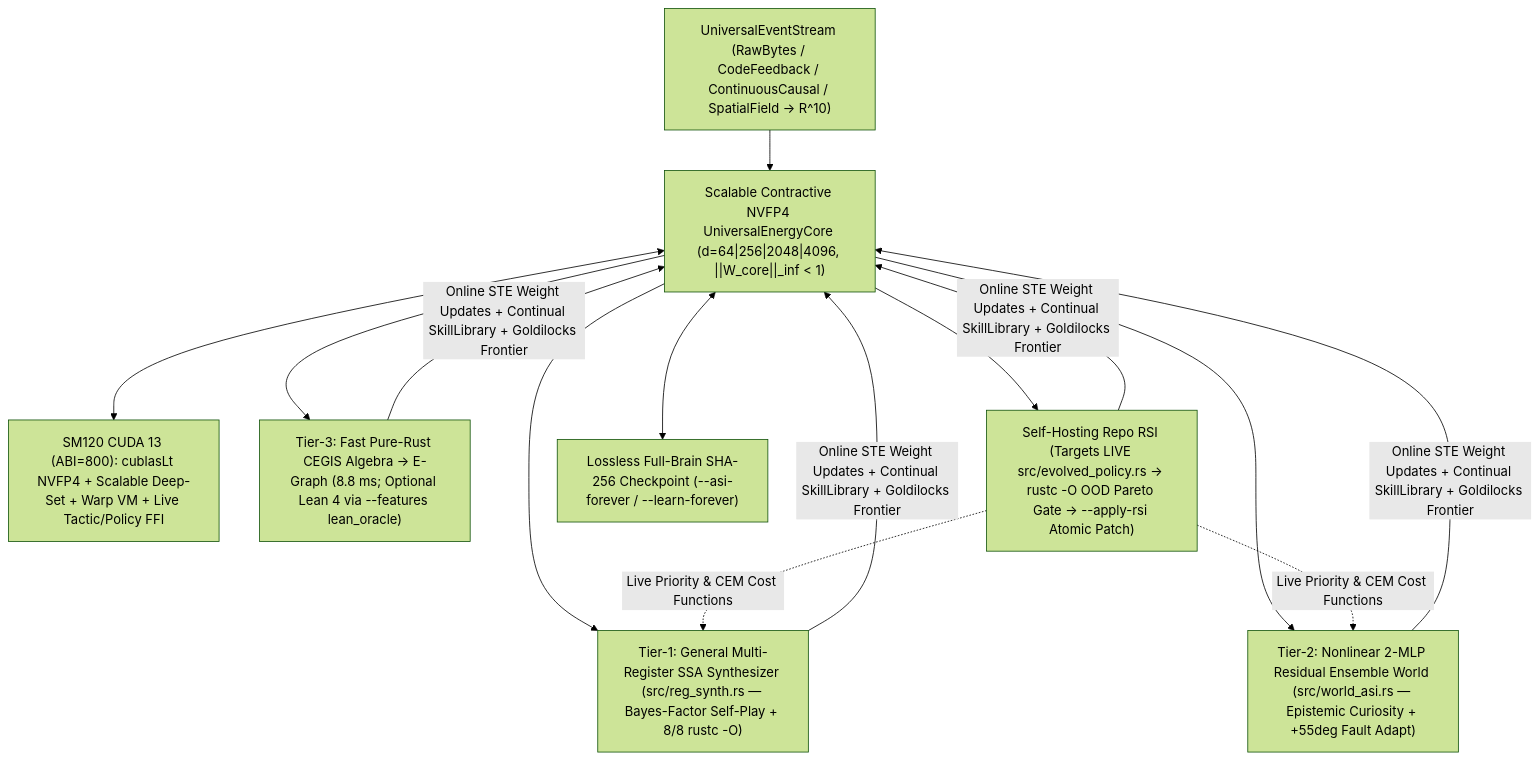
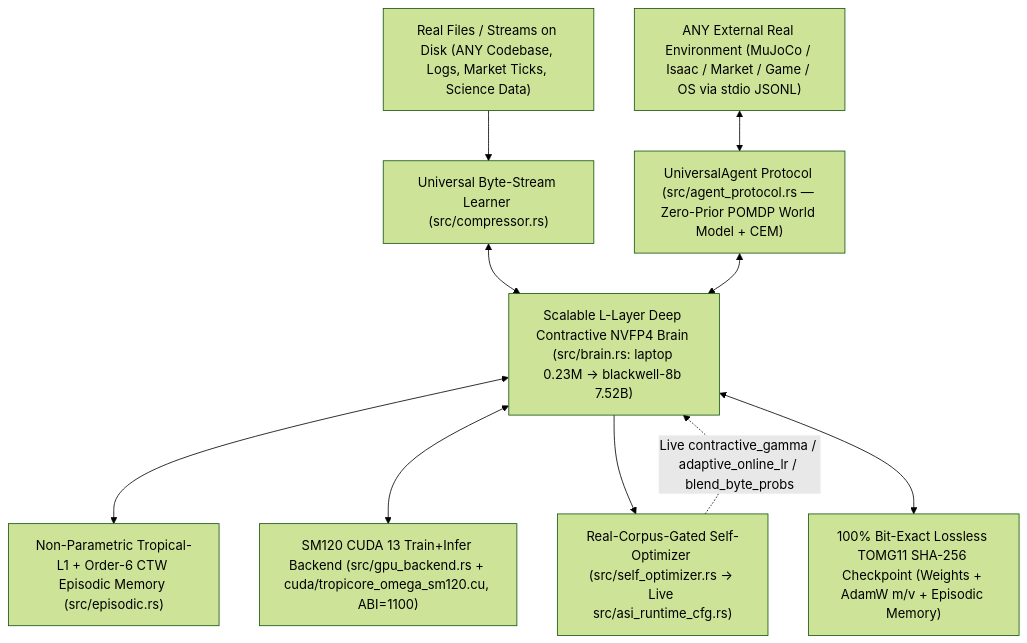
Before and after one commit to flwjfxm0004/Defi: the diagram in 초지능/범용_초지능.md, drawn with Mermaid (forest theme). The commit also changed other lines of this file and 30 other files, not shown here.

````diff
--- a/초지능/범용_초지능.md
+++ b/초지능/범용_초지능.md
@@ -34,12 +29,12 @@
 ```mermaid
 flowchart TD
-    IN["UniversalEventStream (RawBytes / CodeFeedback / ContinuousCausal / SpatialField -> R^10)"] --> CORE["Scalable Contractive NVFP4 UniversalEnergyCore (d=64|256|2048|4096, ||W_core||_inf < 1)"]
-    CORE <--> GPU["SM120 CUDA 13 (ABI=800): cublasLt NVFP4 + Scalable Deep-Set + Warp VM + Live Tactic/Policy FFI"]
-    CORE --> T1["Tier-1: General Multi-Register SSA Synthesizer (src/reg_synth.rs — Bayes-Factor Self-Play + 8/8 rustc -O)"]
-    CORE --> T2["Tier-2: Nonlinear 2-MLP Residual Ensemble World (src/world_asi.rs — Epistemic Curiosity + +55deg Fault Adapt)"]
-    CORE --> T3["Tier-3: Fast Pure-Rust CEGIS Algebra -> E-Graph (8.8 ms; Optional Lean 4 via --features lean_oracle)"]
-    CORE --> RSI["Self-Hosting Repo RSI (Targets LIVE src/evolved_policy.rs -> rustc -O OOD Pareto Gate -> --apply-rsi Atomic Patch)"]
-    RSI -. "Live Priority & CEM Cost Functions" .-> T1 & T2
-    T1 & T2 & T3 & RSI -- "Online STE Weight Updates + Continual SkillLibrary + Goldilocks Frontier" --> CORE
-    CORE <--> MEM["Lossless Full-Brain SHA-256 Checkpoint (--asi-forever / --learn-forever)"]
+    REAL["Real Files / Streams on Disk (ANY Codebase, Logs, Market Ticks, Science Data)"] --> COMP["Universal Byte-Stream Learner (src/compressor.rs)"]
+    EXT["ANY External Real Environment (MuJoCo / Isaac / Market / Game / OS via stdio JSONL)"] <--> AGENT["UniversalAgent Protocol (src/agent_protocol.rs — Zero-Prior POMDP World Model + CEM)"]
+    COMP <--> BRAIN["Scalable L-Layer Deep Contractive NVFP4 Brain (src/brain.rs: laptop 0.23M -> blackwell-8b 7.52B)"]
+    AGENT <--> BRAIN
+    BRAIN <--> MEM["Non-Parametric Tropical-L1 + Order-6 CTW Episodic Memory (src/episodic.rs)"]
+    BRAIN <--> GPU["SM120 CUDA 13 Train+Infer Backend (src/gpu_backend.rs + cuda/tropicore_omega_sm120.cu, ABI=1100)"]
+    BRAIN --> OPT["Real-Corpus-Gated Self-Optimizer (src/self_optimizer.rs -> Live src/asi_runtime_cfg.rs)"]
+    OPT -. "Live contractive_gamma / adaptive_online_lr / blend_byte_probs" .-> BRAIN
+    BRAIN <--> CKPT["100% Bit-Exact Lossless TOMG11 SHA-256 Checkpoint (Weights + AdamW m/v + Episodic Memory)"]
 ```
````
